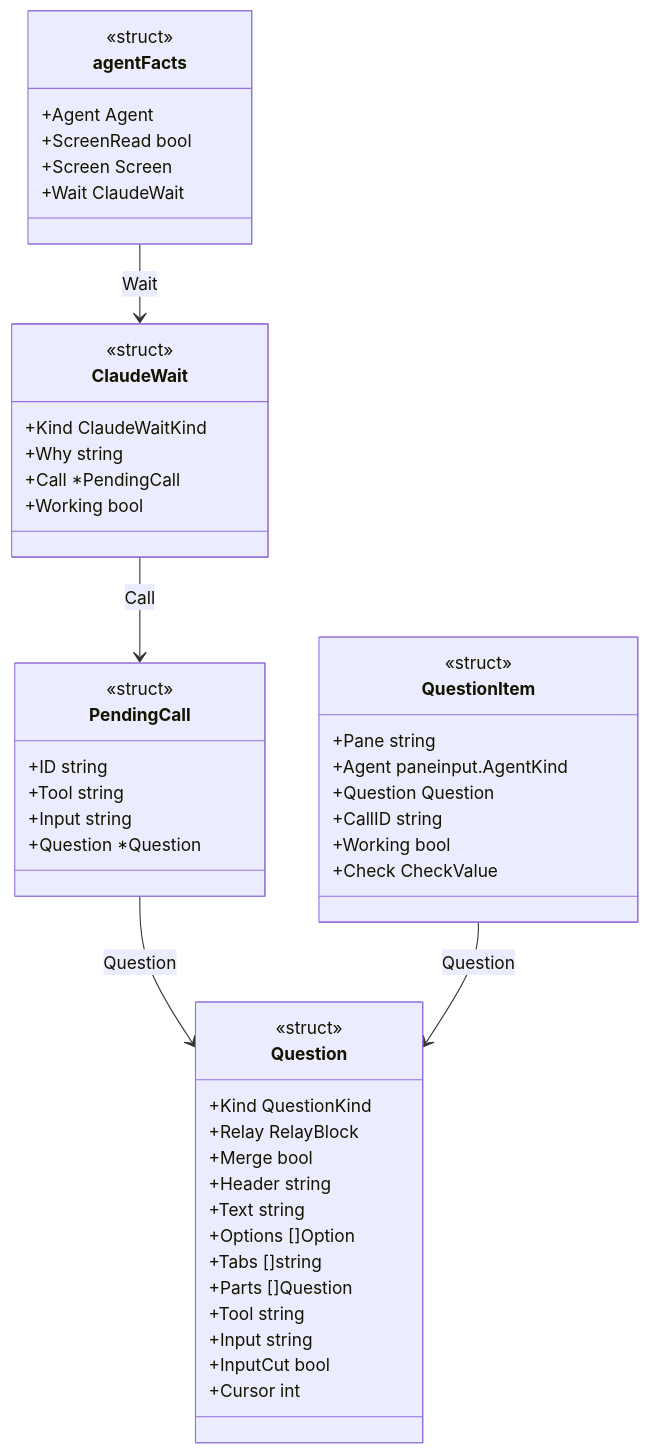
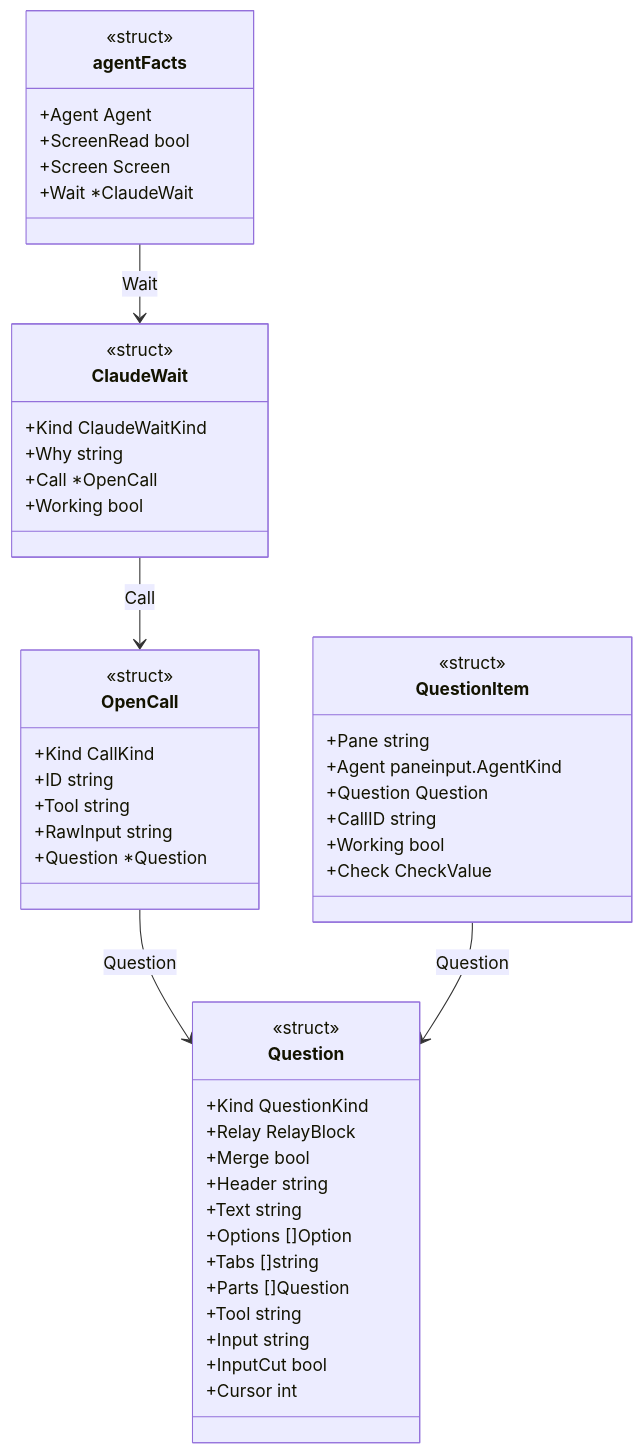
Before and after one commit to isseis/yt2column: the fourth of 7 diagrams in docs/tasks/0096_chief_question_transcript/02_architecture.md, drawn with Mermaid. The commit also changed other lines of this file, not shown here.

First line of the commit message:
docs(0096): address the architecture review and Japanese prose findings

````diff
--- a/docs/tasks/0096_chief_question_transcript/02_architecture.md
+++ b/docs/tasks/0096_chief_question_transcript/02_architecture.md
@@ -198,52 +207,53 @@
 ```mermaid
 classDiagram
-    class PendingCall {
+    class OpenCall {
         <<struct>>
+        +Kind CallKind
         +ID string
         +Tool string
-        +Input string
+        +RawInput string
         +Question *Question
     }
     class ClaudeWait {
         <<struct>>
         +Kind ClaudeWaitKind
         +Why string
-        +Call *PendingCall
+        +Call *OpenCall
         +Working bool
     }
     class Question {
         <<struct>>
         +Kind QuestionKind
         +Relay RelayBlock
         +Merge bool
         +Header string
         +Text string
         +Options []Option
         +Tabs []string
         +Parts []Question
         +Tool string
         +Input string
         +InputCut bool
         +Cursor int
     }
     class QuestionItem {
         <<struct>>
         +Pane string
         +Agent paneinput.AgentKind
         +Question Question
         +CallID string
         +Working bool
         +Check CheckValue
     }
     class agentFacts {
         <<struct>>
         +Agent Agent
         +ScreenRead bool
         +Screen Screen
-        +Wait ClaudeWait
+        +Wait *ClaudeWait
     }
-    ClaudeWait --> PendingCall : Call
-    PendingCall --> Question : Question
+    ClaudeWait --> OpenCall : Call
+    OpenCall --> Question : Question
     QuestionItem --> Question : Question
     agentFacts --> ClaudeWait : Wait
 ```
````
